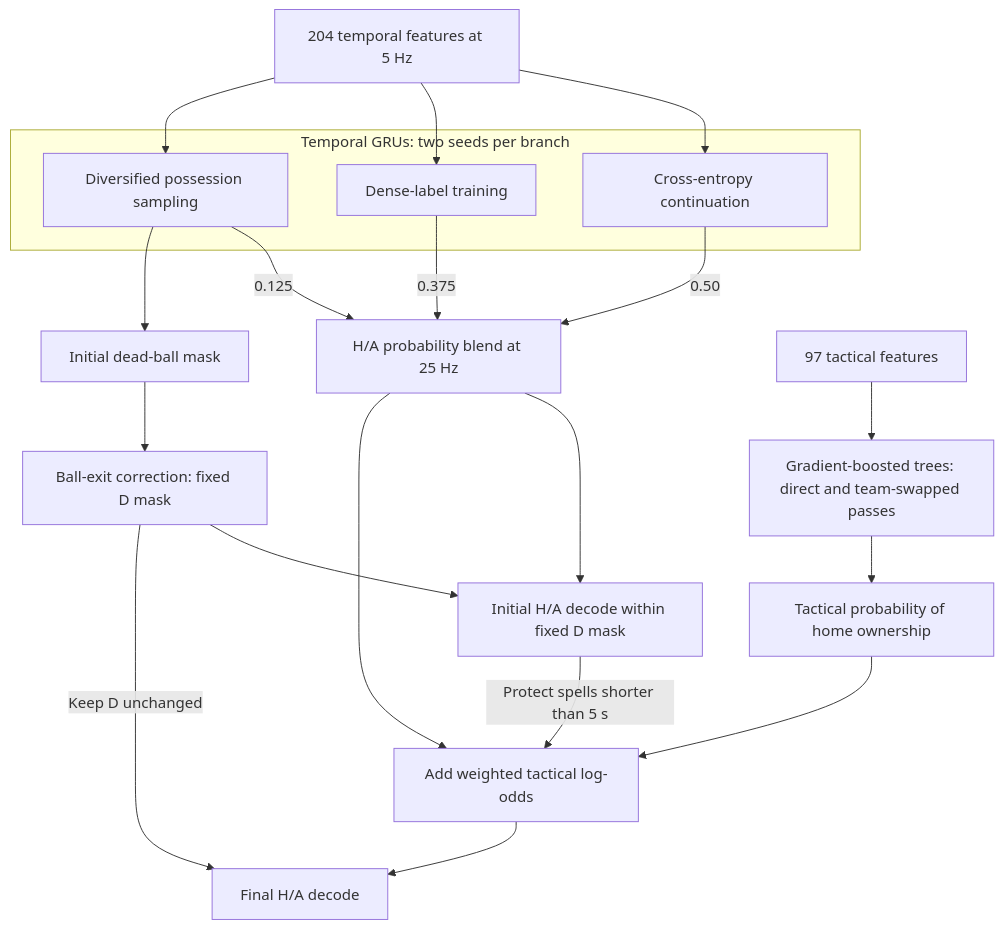
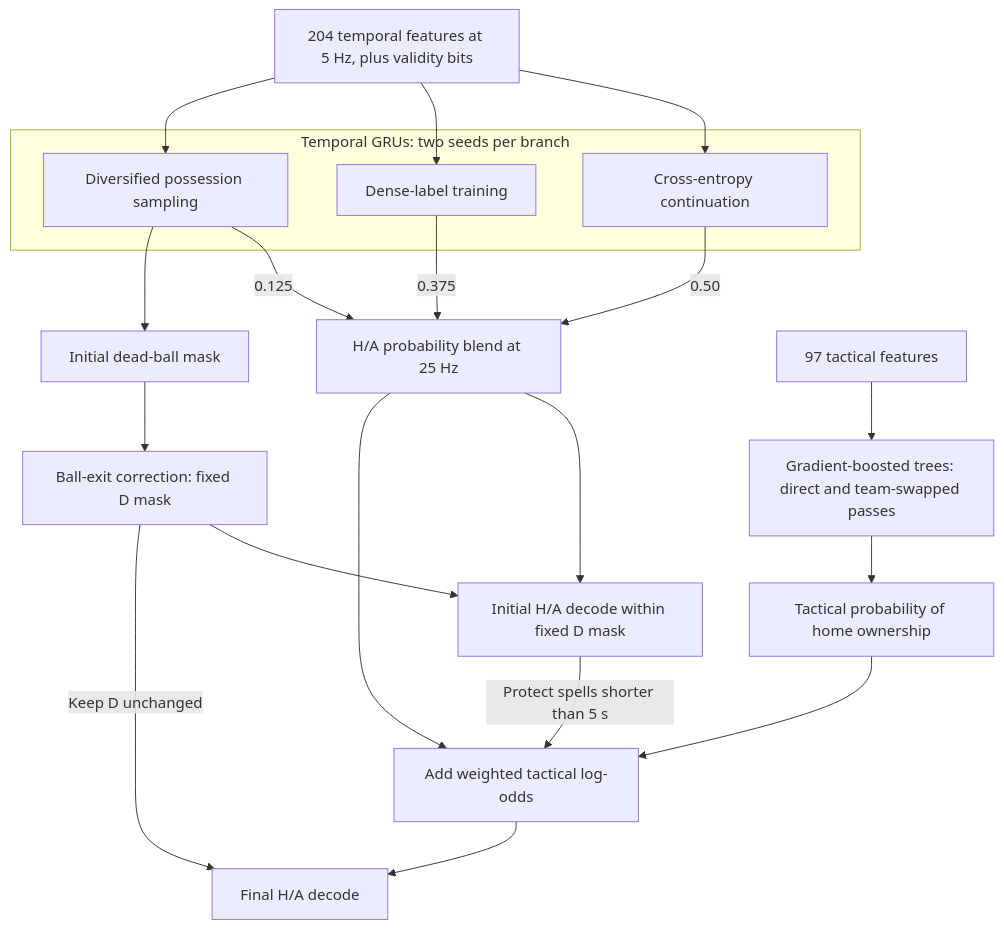
The second of 3 diagrams in submission/TECHNICAL_DOCUMENT.md (jekkiechan/more-than-a-hack-2027), drawn with Mermaid before and after one commit. The commit also changed other lines of this file, not shown here.

Commit message:
Explain feature construction and temporal model training branches (#103)

````diff
--- a/submission/TECHNICAL_DOCUMENT.md
+++ b/submission/TECHNICAL_DOCUMENT.md
@@ -65,25 +105,25 @@
 ```mermaid
 flowchart TD
-    F["204 temporal features at 5 Hz"] --> C
+    F["204 temporal features at 5 Hz, plus validity bits"] --> C
     F --> L
     F --> V
     subgraph GRU["Temporal GRUs: two seeds per branch"]
         C["Cross-entropy continuation"]
         L["Dense-label training"]
         V["Diversified possession sampling"]
     end
     C -->|0.50| M["H/A probability blend at 25 Hz"]
     L -->|0.375| M
     V -->|0.125| M
     V --> D["Initial dead-ball mask"]
     D --> S["Ball-exit correction: fixed D mask"]
     T["97 tactical features"] --> B["Gradient-boosted trees: direct and team-swapped passes"]
     B --> P["Tactical probability of home ownership"]
     M --> I["Initial H/A decode within fixed D mask"]
     S --> I
     I -->|Protect spells shorter than 5 s| U["Add weighted tactical log-odds"]
     M --> U
     P --> U
     U --> O["Final H/A decode"]
     S -->|Keep D unchanged| O
 ```
````
